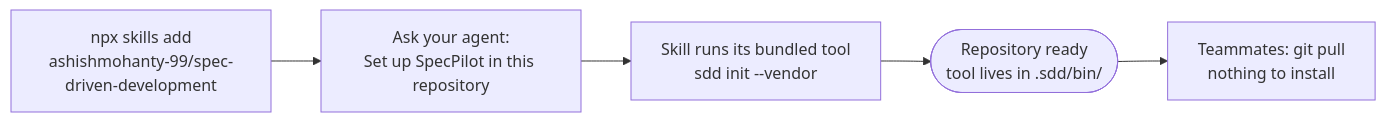
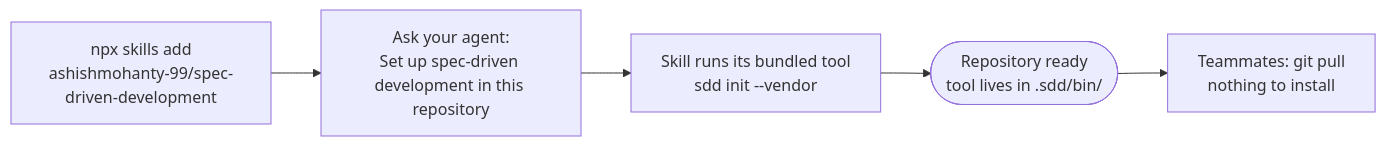
The first of 2 diagrams in wiki/Getting-Started.md (ashishmohanty-99/spec-driven-development), drawn with Mermaid before and after one commit. The commit also changed other lines of this file and 109 other files, not shown here.

````diff
--- a/wiki/Getting-Started.md
+++ b/wiki/Getting-Started.md
@@ -13,7 +13,7 @@
 ```mermaid
 flowchart LR
-    A["npx skills add<br/>ashishmohanty-99/spec-driven-development"] --> B["Ask your agent:<br/>Set up SpecPilot in this repository"]
+    A["npx skills add<br/>ashishmohanty-99/spec-driven-development"] --> B["Ask your agent:<br/>Set up spec-driven development in this repository"]
     B --> C["Skill runs its bundled tool<br/>sdd init --vendor"]
     C --> D([Repository ready<br/>tool lives in .sdd/bin/])
     D --> E["Teammates: git pull<br/>nothing to install"]
 ```
````
